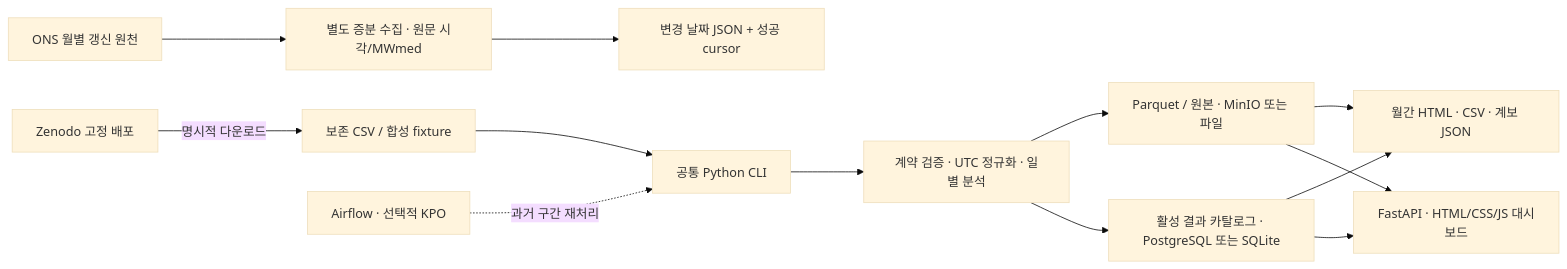
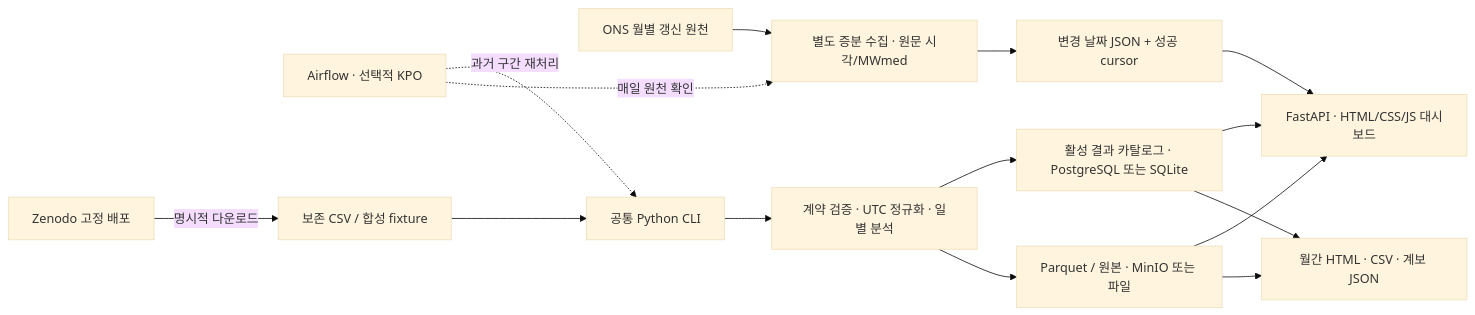
The diagram in README.md (TaeyanG4/solarops-audit), drawn with Mermaid (base theme) before and after one commit. The commit also changed other lines of this file and 27 other files, not shown here.

````diff
--- a/README.md
+++ b/README.md
@@ -150,15 +151,17 @@
 ```mermaid
 flowchart LR
     ONS[ONS 월별 갱신 원천] --> INC[별도 증분 수집 · 원문 시각/MWmed]
     INC --> CUR[변경 날짜 JSON + 성공 cursor]
+    CUR --> G
+    H -.->|매일 원천 확인| INC
     Z[Zenodo 고정 배포] -->|명시적 다운로드| A[보존 CSV / 합성 fixture]
     A --> B[공통 Python CLI]
     H[Airflow · 선택적 KPO] -.->|과거 구간 재처리| B
     B --> C[계약 검증 · UTC 정규화 · 일별 분석]
     C --> D[Parquet / 원본 · MinIO 또는 파일]
     C --> E[활성 결과 카탈로그 · PostgreSQL 또는 SQLite]
     D --> F[월간 HTML · CSV · 계보 JSON]
     E --> F
     E --> G[FastAPI · HTML/CSS/JS 대시보드]
     D --> G
 ```
````
